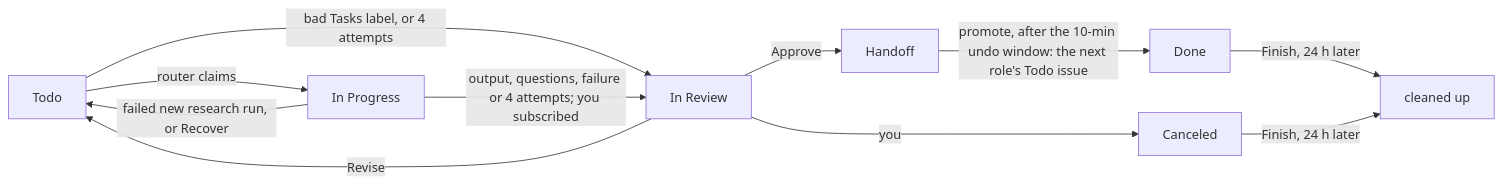
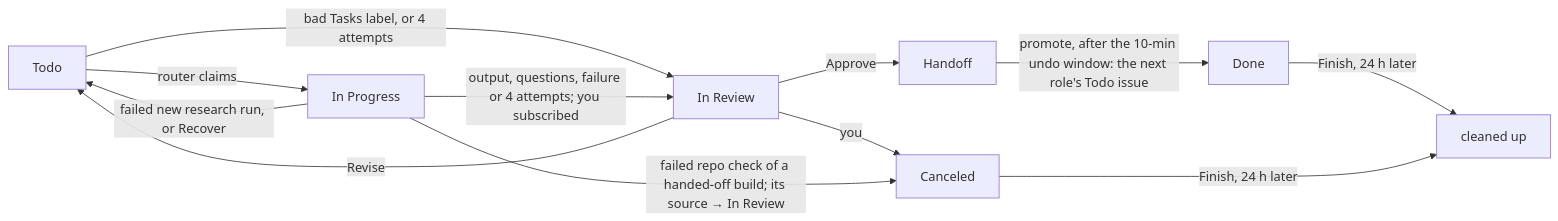
The second of 3 diagrams in README.md (ophis/agent-pm), drawn with Mermaid before and after one commit. The commit also changed other lines of this file and 49 other files, not shown here.

````diff
--- a/README.md
+++ b/README.md
@@ -41,12 +41,13 @@
 ```mermaid
 flowchart LR
     T[Todo] -->|router claims| P[In Progress]
     T -->|"bad Tasks label, or 4 attempts"| R[In Review]
     P -->|"output, questions, failure or 4 attempts; you subscribed"| R
     P -->|"failed new research run, or Recover"| T
     R -->|Approve| H[Handoff]
     R -->|Revise| T
     R -->|you| C[Canceled]
+    P -->|"failed repo check of a handed-off build; its source → In Review"| C
     H -->|"promote, after the 10-min undo window: the next role's Todo issue"| D[Done]
     D & C -->|"Finish, 24 h later"| X[cleaned up]
 ```
````
